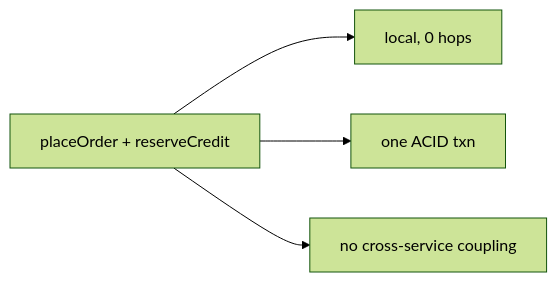
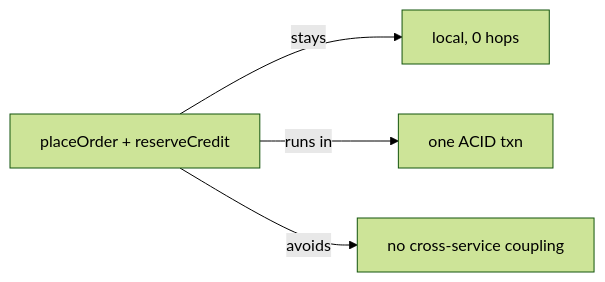
Before and after one commit to vinayakuber/microservices-io-study-guide: diagram 11 of 13 in docs/ch01-monolithic-architecture.md, drawn with Mermaid (forest theme). The commit also changed other lines of this file and 71 other files, not shown here.

First line of the commit message:
R18: label every diagram arrow with its meaning

````diff
--- a/docs/ch01-monolithic-architecture.md
+++ b/docs/ch01-monolithic-architecture.md
@@ -444,6 +444,6 @@
 ```mermaid
 flowchart LR
-  OP["placeOrder + reserveCredit"] --> L["local, 0 hops"]
-  OP --> A["one ACID txn"]
-  OP --> NC["no cross-service coupling"]
+  OP["placeOrder + reserveCredit"] -->|"stays"| L["local, 0 hops"]
+  OP -->|"runs in"| A["one ACID txn"]
+  OP -->|"avoids"| NC["no cross-service coupling"]
 ```
````
